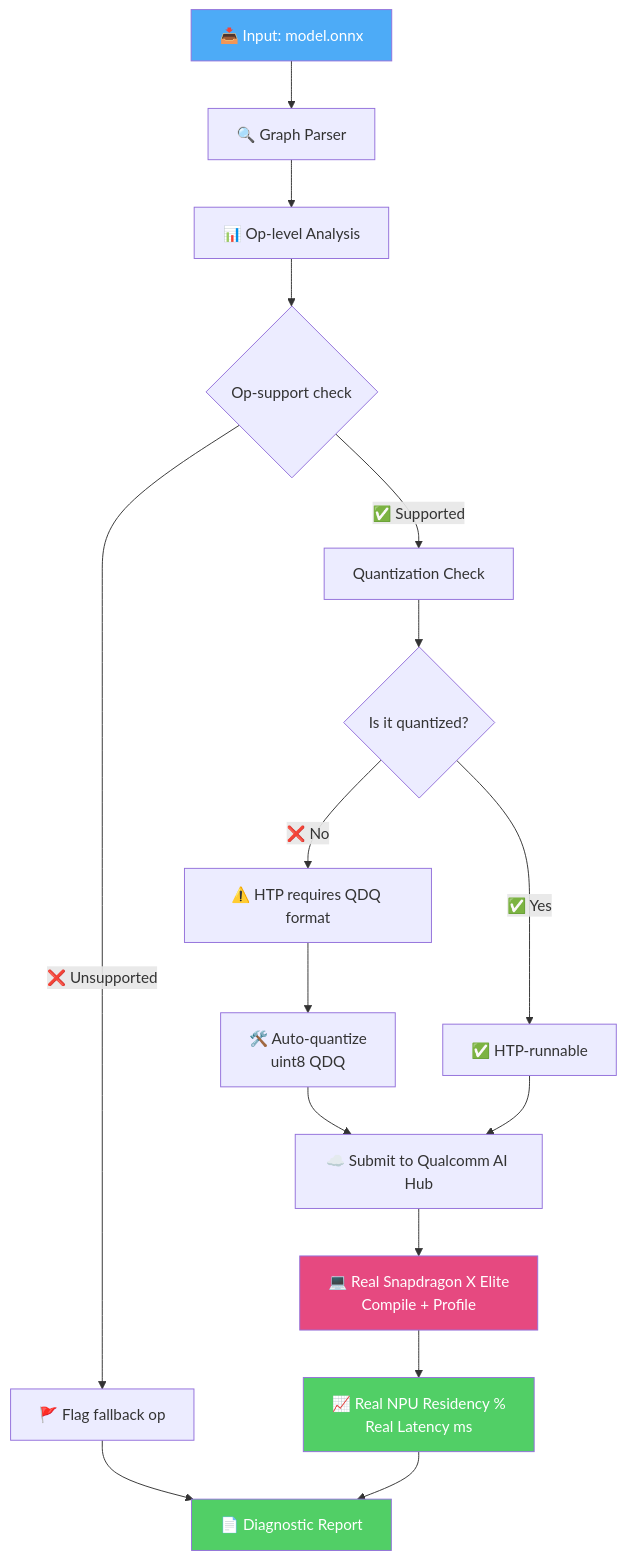
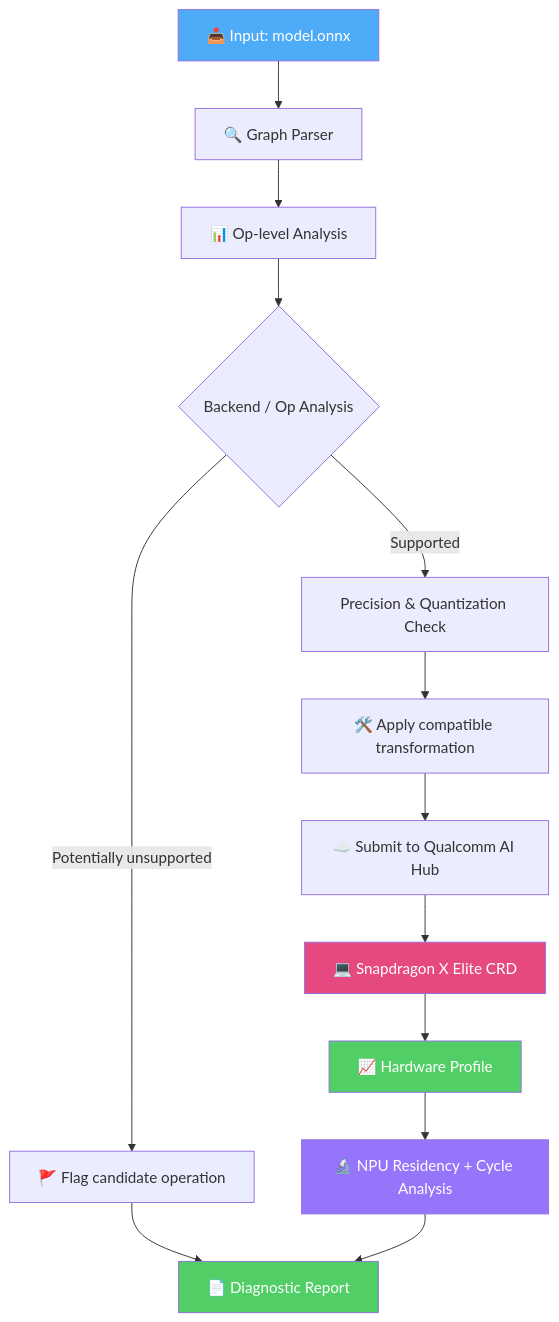
The second of 5 diagrams in README.md (Mysteriousboy727/SnapDoctor), drawn with Mermaid before and after one commit. The commit also changed other lines of this file, not shown here.

Commit message:
Correct HTP fp16 claim, refine ViT Tanh/Pow case study, scope NPU residency claim precisely

````diff
--- a/README.md
+++ b/README.md
@@ -50,26 +62,32 @@
 ```mermaid
 flowchart TD
+
     A[📥 Input: model.onnx] --> B[🔍 Graph Parser]
+
     B --> C[📊 Op-level Analysis]
-    C --> D{Op-support check}
-    D -->|✅ Supported| E[Quantization Check]
-    D -->|❌ Unsupported| F[🚩 Flag fallback op]
 
-    E --> G{Is it quantized?}
-    G -->|❌ No| H[⚠️ HTP requires QDQ format]
-    G -->|✅ Yes| I[✅ HTP-runnable]
+    C --> D{Backend / Op Analysis}
 
-    H --> J[🛠️ Auto-quantize<br/>uint8 QDQ]
-    J --> K[☁️ Submit to Qualcomm AI Hub]
-    I --> K
+    D -->|Supported| E[Precision & Quantization Check]
+    D -->|Potentially unsupported| F[🚩 Flag candidate operation]
+
+    E --> G[🛠️ Apply compatible transformation]
+
+    G --> H[☁️ Submit to Qualcomm AI Hub]
+
     F --> L[📄 Diagnostic Report]
 
-    K --> M[💻 Real Snapdragon X Elite<br/>Compile + Profile]
-    M --> N[📈 Real NPU Residency %<br/>Real Latency ms]
-    N --> L
+    H --> M[💻 Snapdragon X Elite CRD]
+
+    M --> N[📈 Hardware Profile]
+
+    N --> O[🔬 NPU Residency + Cycle Analysis]
+
+    O --> L
 
     style A fill:#4dabf7,color:#fff
     style L fill:#51cf66,color:#fff
     style M fill:#e64980,color:#fff
     style N fill:#51cf66,color:#fff
+    style O fill:#9775fa,color:#fff
 ```
````
